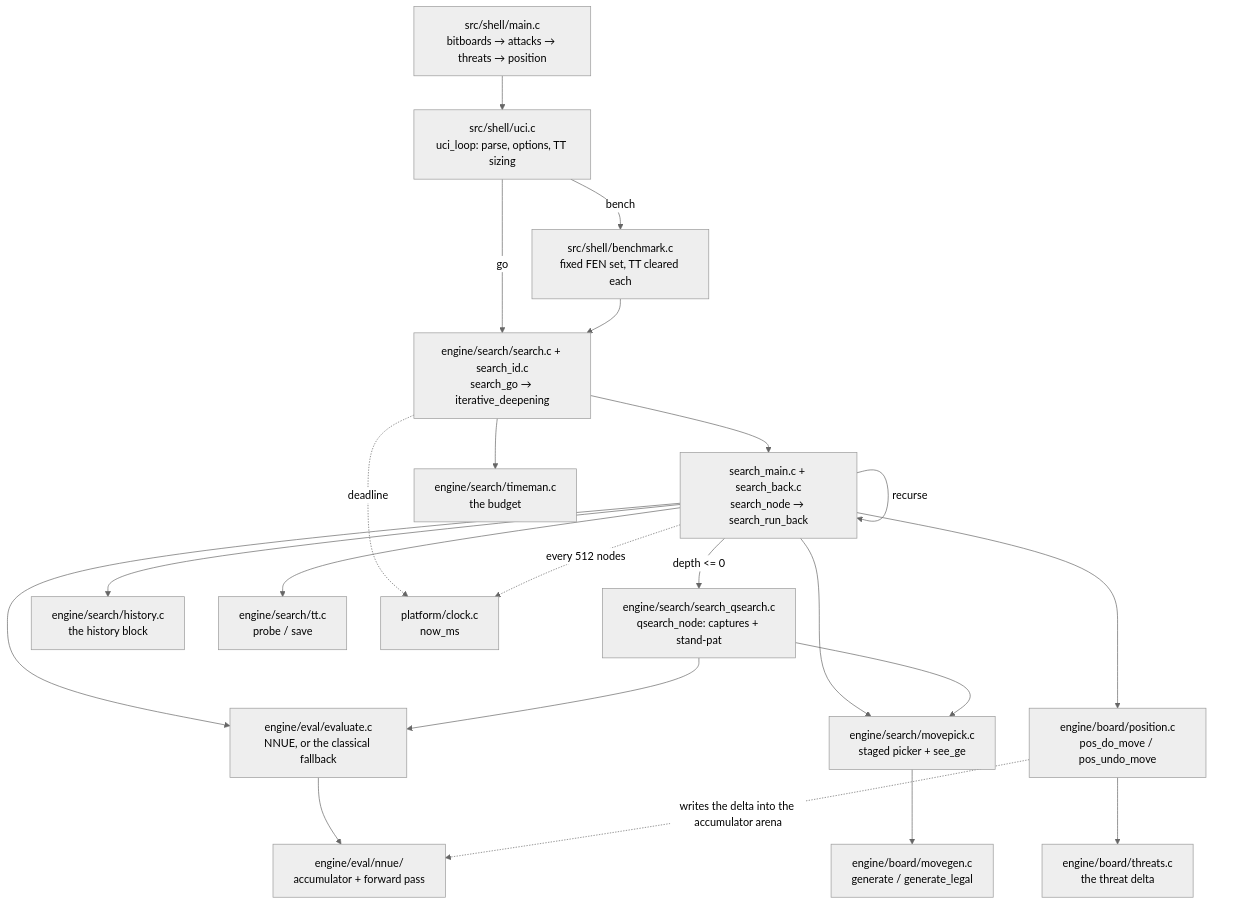
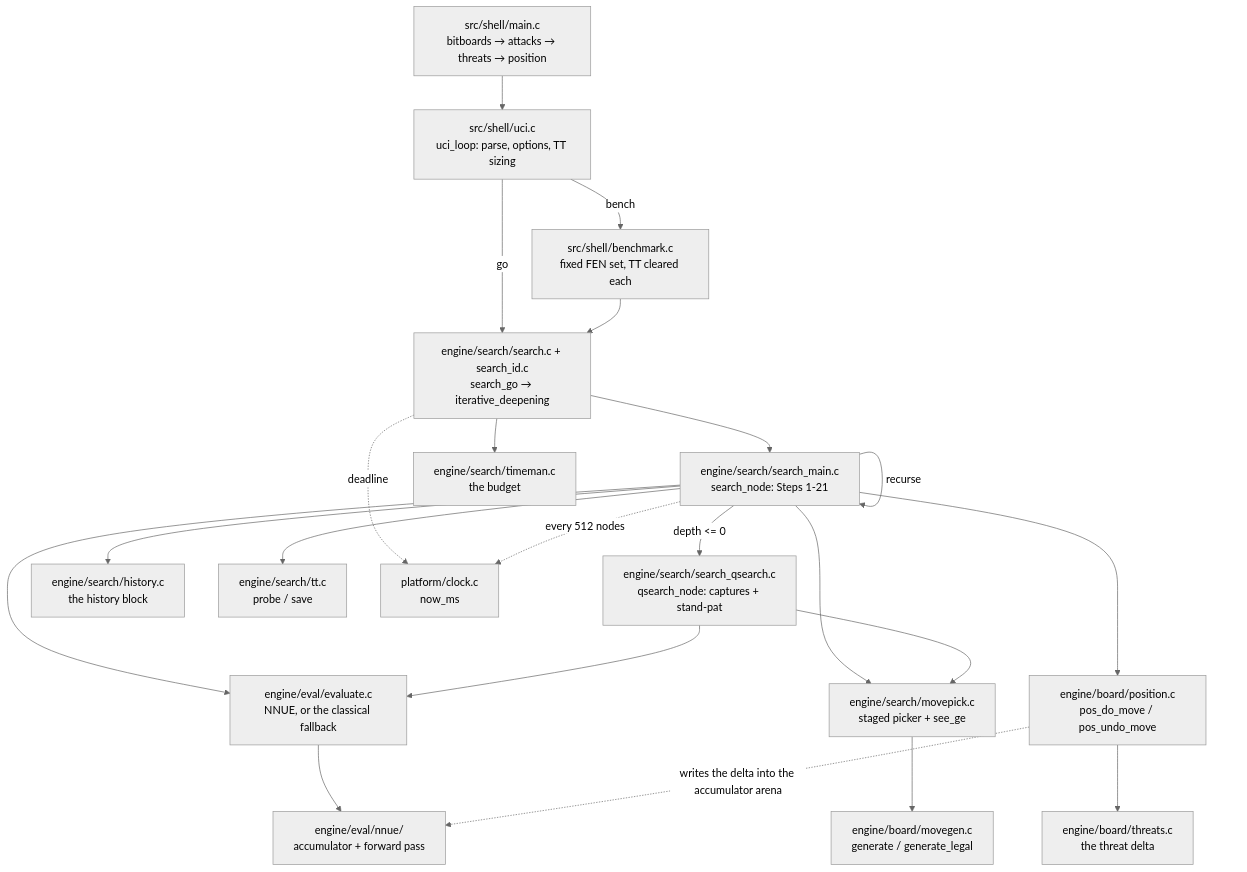
The second of 2 diagrams in docs/00-architecture.md (ppigazzini/mcfish), drawn with Mermaid (neutral theme) before and after one commit. The commit also changed 7 other files, not shown here.

````diff
--- a/docs/00-architecture.md
+++ b/docs/00-architecture.md
@@ -250,39 +250,39 @@
 ```mermaid
 flowchart TD
     M["src/shell/main.c<br/>bitboards → attacks → threats → position"]
     U["src/shell/uci.c<br/>uci_loop: parse, options, TT sizing"]
     B["src/shell/benchmark.c<br/>fixed FEN set, TT cleared each"]
     SG["engine/search/search.c + search_id.c<br/>search_go → iterative_deepening"]
-    AB["search_main.c + search_back.c<br/>search_node → search_run_back"]
+    AB["engine/search/search_main.c<br/>search_node: Steps 1-21"]
     QS["engine/search/search_qsearch.c<br/>qsearch_node: captures + stand-pat"]
     MP["engine/search/movepick.c<br/>staged picker + see_ge"]
     HI["engine/search/history.c<br/>the history block"]
     TM["engine/search/timeman.c<br/>the budget"]
     MG["engine/board/movegen.c<br/>generate / generate_legal"]
     PO["engine/board/position.c<br/>pos_do_move / pos_undo_move"]
     TH["engine/board/threats.c<br/>the threat delta"]
     TT["engine/search/tt.c<br/>probe / save"]
     EV["engine/eval/evaluate.c<br/>NNUE, or the classical fallback"]
     NN["engine/eval/nnue/<br/>accumulator + forward pass"]
     CL["platform/clock.c<br/>now_ms"]
 
     M --> U
     U -->|"go"| SG
     U -->|"bench"| B --> SG
     SG --> TM
     SG --> AB
     AB -->|"depth <= 0"| QS
     AB -->|"recurse"| AB
     AB --> MP
     AB --> HI
     AB --> PO --> TH
     AB --> TT
     AB --> EV
     QS --> EV
     QS --> MP
     MP --> MG
     EV --> NN
     PO -.->|"writes the delta into the accumulator arena"| NN
     SG -.->|"deadline"| CL
     AB -.->|"every 512 nodes"| CL
 ```
````
